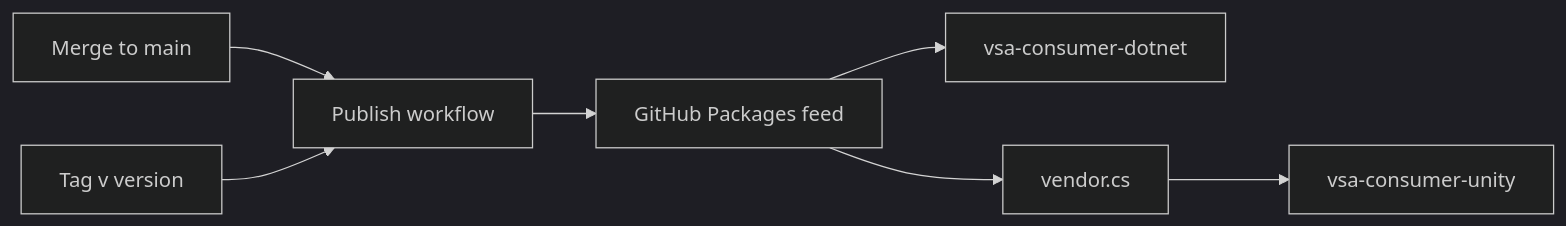
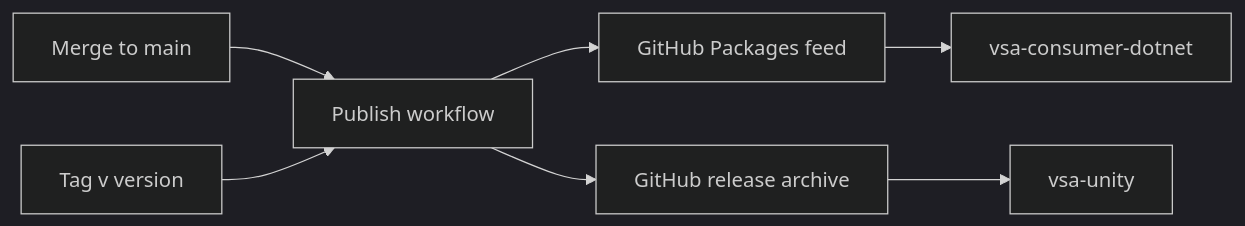
One commit to MgCohen/vsa-template changed the diagram in docs/consumers.md. Above: the diagram before and after it, drawn with Mermaid (dark theme). The commit also changed other lines of this file and 6 other files, not shown here.

First line of the commit message:
Attach the release archive to each GitHub release

````diff
--- a/docs/consumers.md
+++ b/docs/consumers.md
@@ -9,9 +9,9 @@
 ```mermaid
 flowchart LR
     M[Merge to main] --> W[Publish workflow]
     T[Tag v version] --> W
     W --> F[GitHub Packages feed]
     F --> D[vsa-consumer-dotnet]
-    F --> V[vendor.cs]
-    V --> U[vsa-consumer-unity]
+    W --> R[GitHub release archive]
+    R --> U[vsa-unity]
 ```
````
